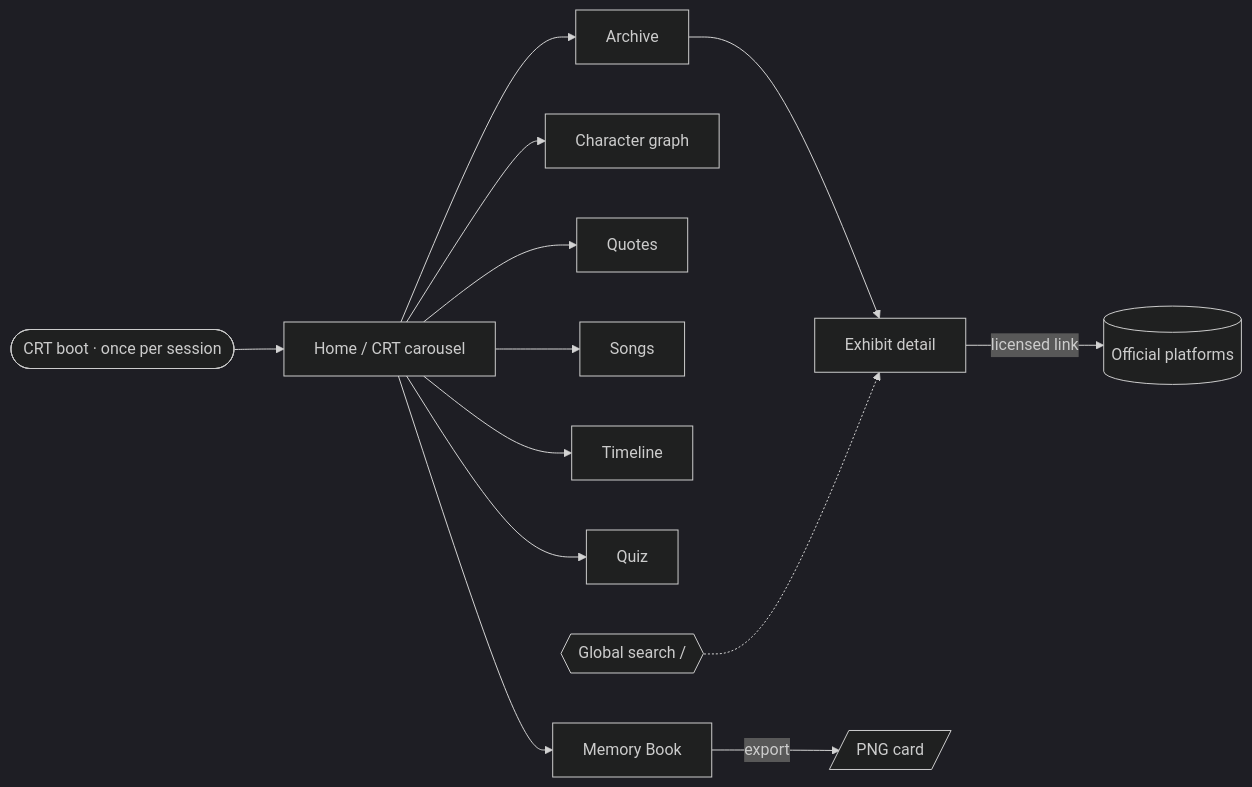
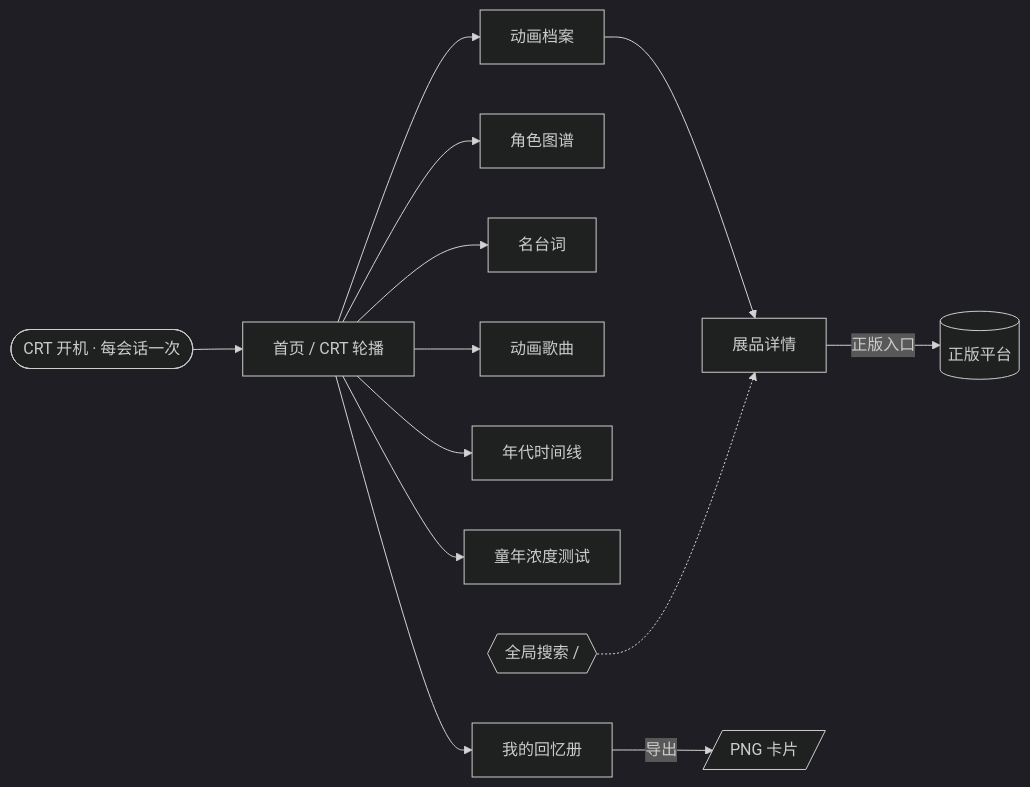
The diagram in README.md (Dream22180971/animation-memory-museum), drawn with Mermaid (dark theme) before and after one commit. The commit also changed other lines of this file and 4 other files, not shown here.

````diff
--- a/README.md
+++ b/README.md
@@ -88,15 +86,15 @@
 ```mermaid
 flowchart LR
-    Boot([CRT boot · once per session]) --> Home[Home / CRT carousel]
-    Home --> Archive[Archive]
-    Archive --> Exhibit[Exhibit detail]
-    Exhibit -->|licensed link| Platform[(Official platforms)]
-    Home --> Characters[Character graph]
-    Home --> Quotes[Quotes]
-    Home --> Songs[Songs]
-    Home --> Timeline[Timeline]
-    Home --> Quiz[Quiz]
-    Home --> Memory[Memory Book]
-    Memory -->|export| Card[/PNG card/]
-    Search{{Global search  /}} -.-> Exhibit
+    Boot([CRT 开机 · 每会话一次]) --> Home[首页 / CRT 轮播]
+    Home --> Archive[动画档案]
+    Archive --> Exhibit[展品详情]
+    Exhibit -->|正版入口| Platform[(正版平台)]
+    Home --> Characters[角色图谱]
+    Home --> Quotes[名台词]
+    Home --> Songs[动画歌曲]
+    Home --> Timeline[年代时间线]
+    Home --> Quiz[童年浓度测试]
+    Home --> Memory[我的回忆册]
+    Memory -->|导出| Card[/PNG 卡片/]
+    Search{{全局搜索  /}} -.-> Exhibit
 ```
````
